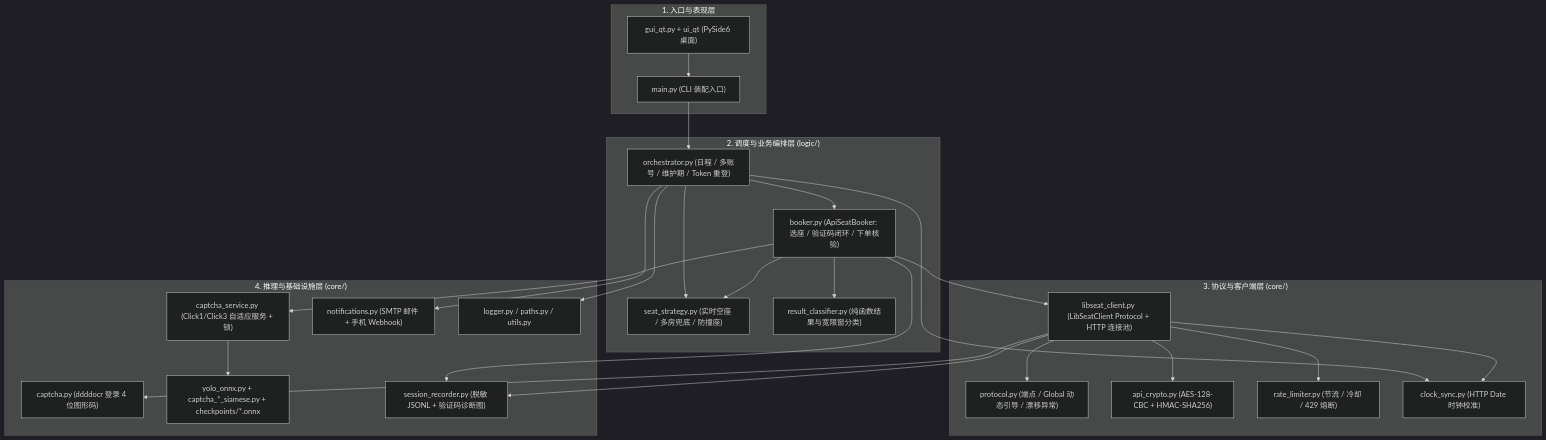
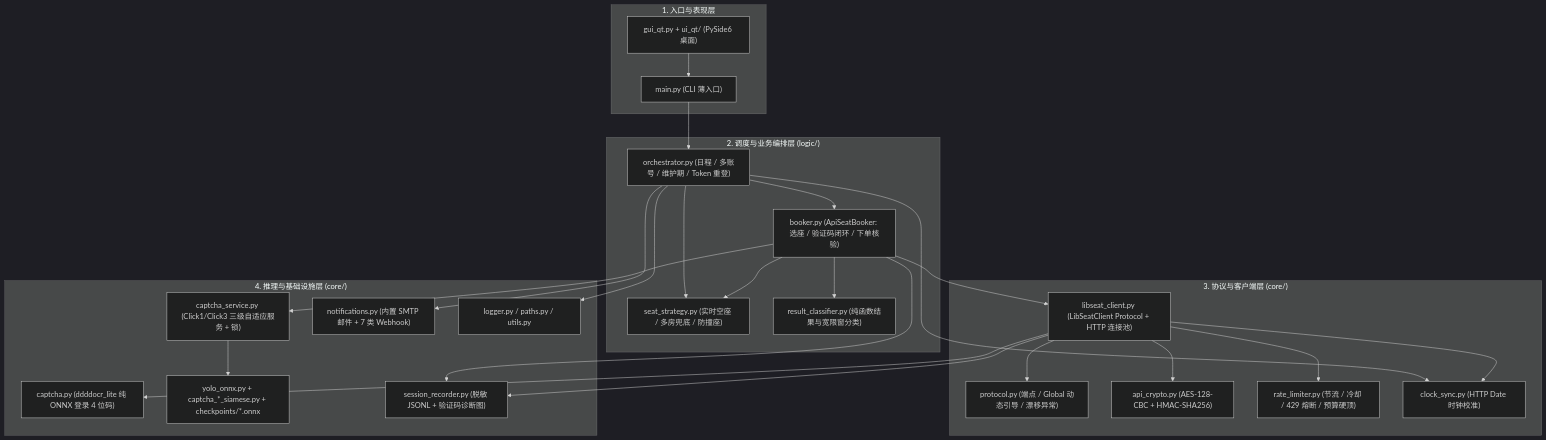
One commit to xunrana/LNU-LibSeat-Automation changed the second of 3 diagrams in docs/ARCHITECTURE.md. Above: the diagram before and after it, drawn with Mermaid (dark theme). The commit also changed other lines of this file and 33 other files, not shown here.

````diff
--- a/docs/ARCHITECTURE.md
+++ b/docs/ARCHITECTURE.md
@@ -49,52 +86,37 @@
 ```mermaid
 flowchart TB
     subgraph L1["1. 入口与表现层"]
-        QT["gui_qt.py + ui_qt (PySide6 桌面)"]
-        CLI["main.py (CLI 装配入口)"]
+        QT["gui_qt.py + ui_qt/ (PySide6 桌面)"]
+        CLI["main.py (CLI 薄入口)"]
     end
 
     subgraph L2["2. 调度与业务编排层 (logic/)"]
         ORCH["orchestrator.py (日程 / 多账号 / 维护期 / Token 重登)"]
         BOOK["booker.py (ApiSeatBooker: 选座 / 验证码闭环 / 下单核验)"]
         STRAT["seat_strategy.py (实时空座 / 多房兜底 / 防撞座)"]
         CLS["result_classifier.py (纯函数结果与宽限窗分类)"]
     end
 
     subgraph L3["3. 协议与客户端层 (core/)"]
         CLIENT["libseat_client.py (LibSeatClient Protocol + HTTP 连接池)"]
         PROTO["protocol.py (端点 / Global 动态引导 / 漂移异常)"]
         CRYPTO["api_crypto.py (AES-128-CBC + HMAC-SHA256)"]
-        LIMIT["rate_limiter.py (节流 / 冷却 / 429 熔断)"]
+        LIMIT["rate_limiter.py (节流 / 冷却 / 429 熔断 / 预算硬顶)"]
         CLOCK["clock_sync.py (HTTP Date 时钟校准)"]
     end
 
     subgraph L4["4. 推理与基础设施层 (core/)"]
-        CAP["captcha_service.py (Click1/Click3 自适应服务 + 锁)"]
-        OCR["captcha.py (ddddocr 登录 4 位图形码)"]
+        CAP["captcha_service.py (Click1/Click3 三级自适应服务 + 锁)"]
+        OCR["captcha.py (ddddocr_lite 纯 ONNX 登录 4 位码)"]
         ONNX["yolo_onnx.py + captcha_*_siamese.py + checkpoints/*.onnx"]
         REC["session_recorder.py (脱敏 JSONL + 验证码诊断图)"]
-        NOTIF["notifications.py (SMTP 邮件 + 手机 Webhook)"]
+        NOTIF["notifications.py (内置 SMTP 邮件 + 7 类 Webhook)"]
         BASE["logger.py / paths.py / utils.py"]
     end
 
-    QT --> CLI
-    CLI --> ORCH
-    ORCH --> BOOK
-    ORCH --> STRAT
-    ORCH --> CLOCK
-    ORCH --> NOTIF
-    ORCH --> BASE
-    BOOK --> STRAT
-    BOOK --> CLS
-    BOOK --> CLIENT
-    BOOK --> CAP
-    BOOK --> REC
-
-    CLIENT --> PROTO
-    CLIENT --> CRYPTO
-    CLIENT --> LIMIT
-    CLIENT --> CLOCK
-    CLIENT --> REC
-    CLIENT --> OCR
+    QT --> CLI --> ORCH
+    ORCH --> BOOK & STRAT & CLOCK & NOTIF & BASE
+    BOOK --> STRAT & CLS & CLIENT & CAP & REC
+    CLIENT --> PROTO & CRYPTO & LIMIT & CLOCK & REC & OCR
     CAP --> ONNX
 ```
````
